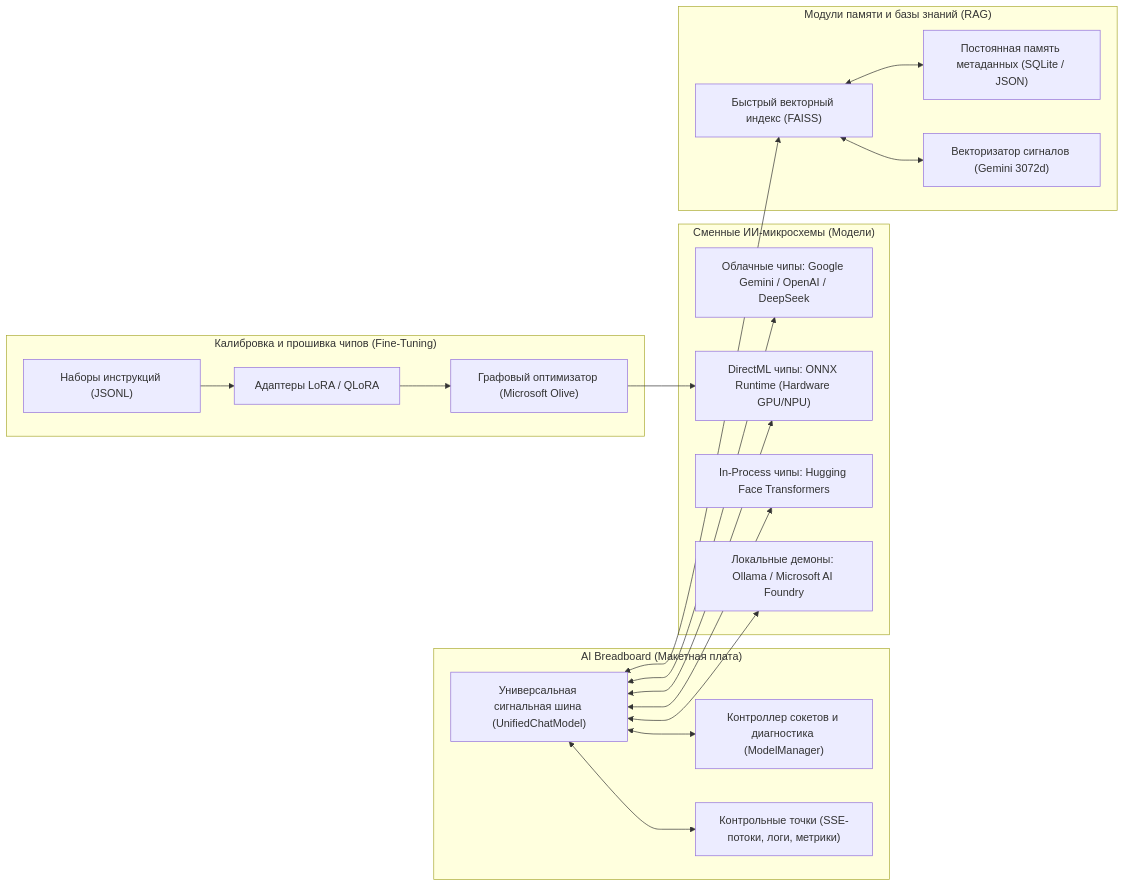
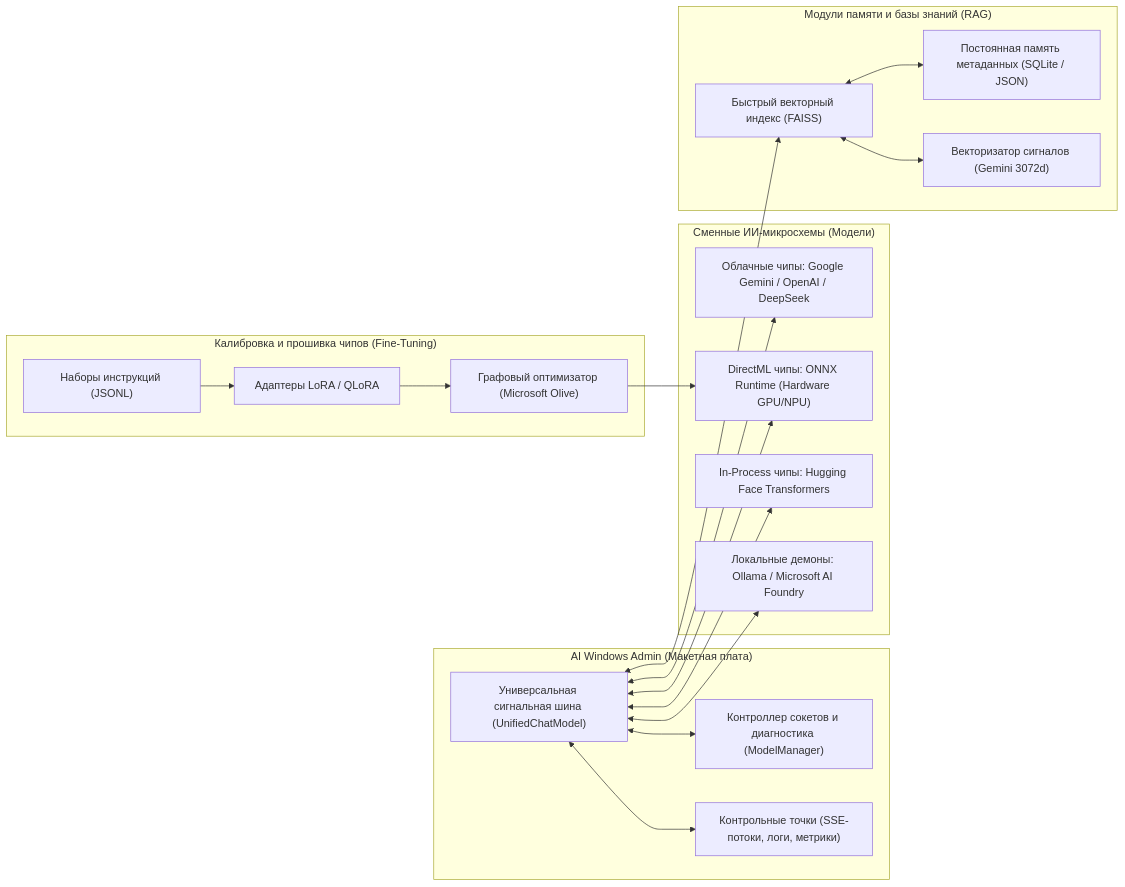
Before and after one commit to hypo69/AI-TC: the diagram in docs/ru/cook-book/index.md, drawn with Mermaid. The commit also changed other lines of this file and 1672 other files, not shown here.

````diff
--- a/docs/ru/cook-book/index.md
+++ b/docs/ru/cook-book/index.md
@@ -13,38 +13,38 @@
 ```mermaid
 graph LR
-    subgraph "AI Breadboard (Макетная плата)"
+    subgraph "AI Windows Admin (Макетная плата)"
         Bus["Универсальная сигнальная шина (UnifiedChatModel)"]
         Registry["Контроллер сокетов и диагностика (ModelManager)"]
         TestPoints["Контрольные точки (SSE-потоки, логи, метрики)"]
     end
 
     subgraph "Сменные ИИ-микросхемы (Модели)"
         ChipCloud["Облачные чипы: Google Gemini / OpenAI / DeepSeek"]
         ChipONNX["DirectML чипы: ONNX Runtime (Hardware GPU/NPU)"]
         ChipHF["In-Process чипы: Hugging Face Transformers"]
         ChipLocal["Локальные демоны: Ollama / Microsoft AI Foundry"]
     end
 
     subgraph "Модули памяти и базы знаний (RAG)"
         RAM["Быстрый векторный индекс (FAISS)"]
         Storage["Постоянная память метаданных (SQLite / JSON)"]
         Embedder["Векторизатор сигналов (Gemini 3072d)"]
     end
 
     subgraph "Калибровка и прошивка чипов (Fine-Tuning)"
         Dataset["Наборы инструкций (JSONL)"]
         Adapter["Адаптеры LoRA / QLoRA"]
         Optimizer["Графовый оптимизатор (Microsoft Olive)"]
     end
 
     Bus <--> Registry
     Bus <--> TestPoints
     Bus <--> ChipCloud
     Bus <--> ChipONNX
     Bus <--> ChipHF
     Bus <--> ChipLocal
     Bus <--> RAM
     RAM <--> Storage
     RAM <--> Embedder
     Dataset --> Adapter --> Optimizer --> ChipONNX
 ```
````
